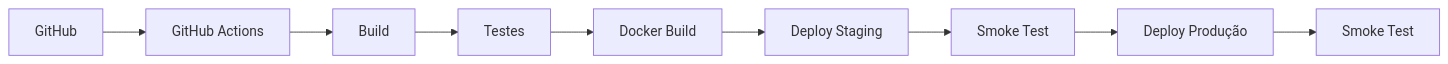
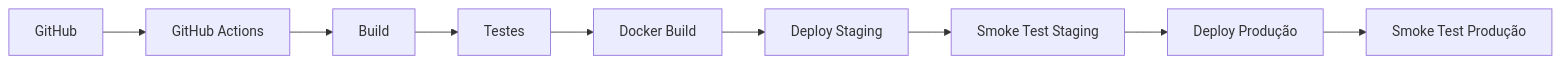
Before and after one commit to aureliommarson/desafio-devops: the second of 2 diagrams in README.md, drawn with Mermaid. The commit also changed other lines of this file, not shown here.

````diff
--- a/README.md
+++ b/README.md
@@ -78,11 +186,11 @@
 ```mermaid
 flowchart LR
-    G[GitHub] --> A[GitHub Actions]
-    A --> B[Build]
+    GH[GitHub] --> GA[GitHub Actions]
+    GA --> B[Build]
     B --> T[Testes]
-    T --> D[Docker Build]
-    D --> S[Deploy Staging]
-    S --> ST[Smoke Test]
-    ST --> P[Deploy Produção]
-    P --> PT[Smoke Test]
+    T --> DB[Docker Build]
+    DB --> DS[Deploy Staging]
+    DS --> SS[Smoke Test Staging]
+    SS --> DP[Deploy Produção]
+    DP --> SP[Smoke Test Produção]
 ```
````
